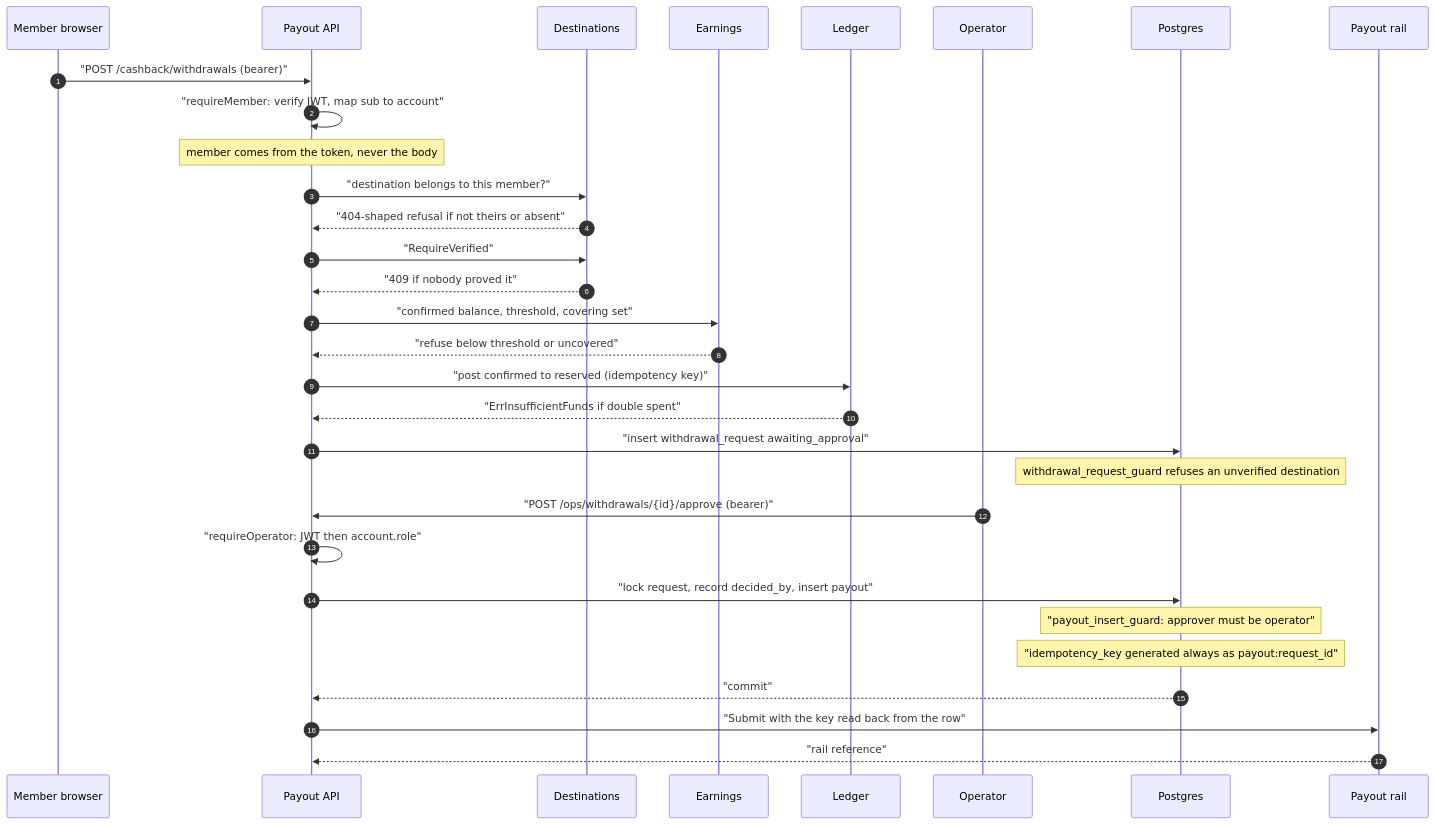
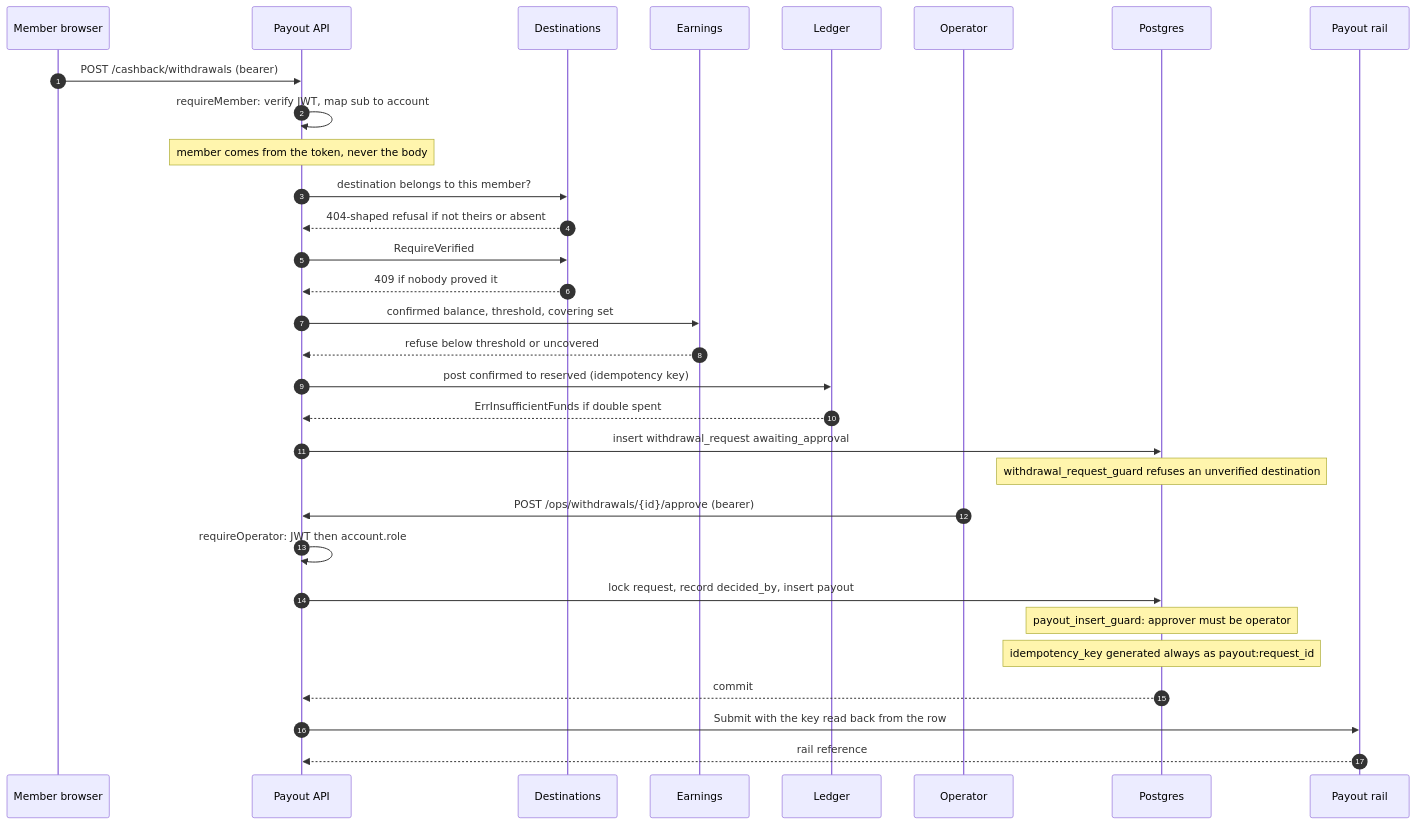
One commit to Nomos-N4s/apivo-news changed the third of 3 diagrams in docs/architecture/security-architecture.md. Above: the diagram before and after it, drawn with Mermaid. The commit also changed other lines of this file and 9 other files, not shown here.

````diff
--- a/docs/architecture/security-architecture.md
+++ b/docs/architecture/security-architecture.md
@@ -223,34 +223,34 @@
 ```mermaid
 sequenceDiagram
   autonumber
   participant M as Member browser
   participant W as Payout API
   participant D as Destinations
   participant E as Earnings
   participant L as Ledger
   participant O as Operator
   participant P as Postgres
   participant R as Payout rail
 
-  M->>W: "POST /cashback/withdrawals (bearer)"
-  W->>W: "requireMember: verify JWT, map sub to account"
+  M->>W: POST /cashback/withdrawals (bearer)
+  W->>W: requireMember: verify JWT, map sub to account
   Note over W: member comes from the token, never the body
-  W->>D: "destination belongs to this member?"
-  D-->>W: "404-shaped refusal if not theirs or absent"
-  W->>D: "RequireVerified"
-  D-->>W: "409 if nobody proved it"
-  W->>E: "confirmed balance, threshold, covering set"
-  E-->>W: "refuse below threshold or uncovered"
-  W->>L: "post confirmed to reserved (idempotency key)"
-  L-->>W: "ErrInsufficientFunds if double spent"
-  W->>P: "insert withdrawal_request awaiting_approval"
+  W->>D: destination belongs to this member?
+  D-->>W: 404-shaped refusal if not theirs or absent
+  W->>D: RequireVerified
+  D-->>W: 409 if nobody proved it
+  W->>E: confirmed balance, threshold, covering set
+  E-->>W: refuse below threshold or uncovered
+  W->>L: post confirmed to reserved (idempotency key)
+  L-->>W: ErrInsufficientFunds if double spent
+  W->>P: insert withdrawal_request awaiting_approval
   Note over P: withdrawal_request_guard refuses an unverified destination
-  O->>W: "POST /ops/withdrawals/{id}/approve (bearer)"
-  W->>W: "requireOperator: JWT then account.role"
-  W->>P: "lock request, record decided_by, insert payout"
-  Note over P: "payout_insert_guard: approver must be operator"
-  Note over P: "idempotency_key generated always as payout:request_id"
-  P-->>W: "commit"
-  W->>R: "Submit with the key read back from the row"
-  R-->>W: "rail reference"
+  O->>W: POST /ops/withdrawals/{id}/approve (bearer)
+  W->>W: requireOperator: JWT then account.role
+  W->>P: lock request, record decided_by, insert payout
+  Note over P: payout_insert_guard: approver must be operator
+  Note over P: idempotency_key generated always as payout:request_id
+  P-->>W: commit
+  W->>R: Submit with the key read back from the row
+  R-->>W: rail reference
 ```
````
